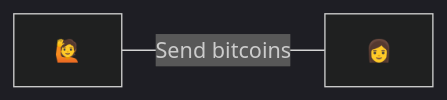
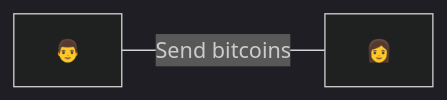
One commit to sylhare/sylhare.github.io changed the first of 2 diagrams in _posts/2021-06-16-Interact-with-cryptocurrency-down-to-bits.md. Above: the diagram before and after it, drawn with Mermaid (dark theme). The commit also changed other lines of this file, not shown here.

```diff
--- a/_posts/2021-06-16-Interact-with-cryptocurrency-down-to-bits.md
+++ b/_posts/2021-06-16-Interact-with-cryptocurrency-down-to-bits.md
@@ -29,4 +29,4 @@
 <div class="mermaid">
 graph LR
-    A["&#128587;"] ---|Send bitcoins|B["&#128105;"]
+    A["&#128104;"] ---|Send bitcoins|B["&#128105;"]
 </div>
```
